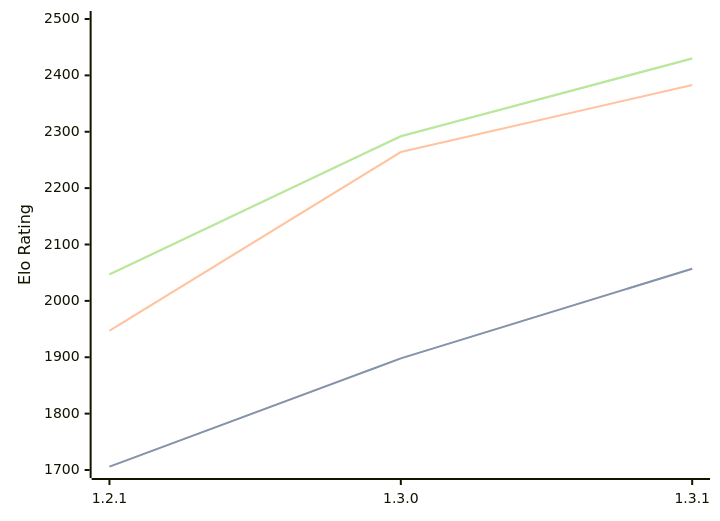
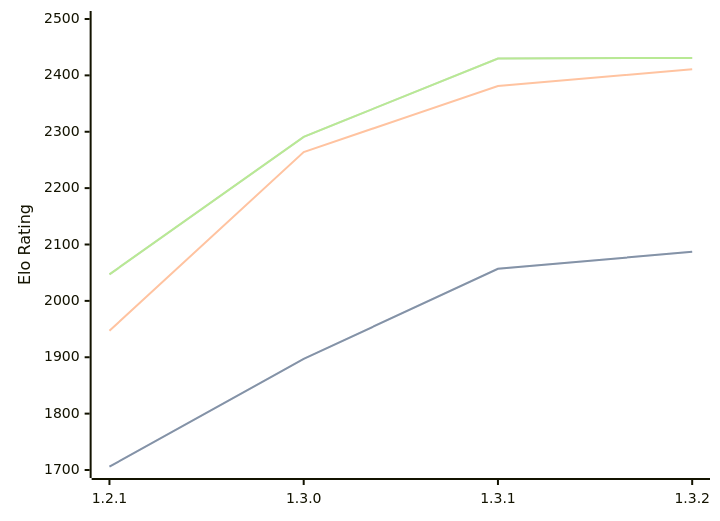
Before and after one commit to computer-chess-index/cci: the diagram in engines/Chal.md, drawn with Mermaid. The commit also changed other lines of this file, not shown here.

Commit message:
Update CCI Ratings (ELO VLTC) - 2026-03-16

````diff
--- a/engines/Chal.md
+++ b/engines/Chal.md
@@ -35,11 +35,11 @@
 ```mermaid
 %%{init: {"theme":"base","themeVariables":{"seriesColors:['#a3a3a3','#222221','#faa371']}}}%%
 xychart-beta
-  x-axis ["1.2.1", "1.3.0", "1.3.1"]
+  x-axis ["1.2.1", "1.3.0", "1.3.1", "1.3.2"]
   y-axis "Elo Rating" 1700 --> 2500
-  line "STC (8.0+0.08s)" [1706, 1898, 2057]
-  line "STC (8.0+0.08s)" [1706, 1898, 2057]
-  line "LTC (60.0+0.60s)" [1947, 2264, 2383]
-  line "VLTC (2m24s+1.12s)" [2047, 2292, 2430]
-  line "VLTC (2m24s+1.12s)" [2047, 2292, 2430]
+  line "STC (8.0+0.08s)" [1706, 1897, 2057, 2087]
+  line "STC (8.0+0.08s)" [1706, 1897, 2057, 2087]
+  line "LTC (60.0+0.60s)" [1947, 2264, 2381, 2411]
+  line "VLTC (2m24s+1.12s)" [2047, 2291, 2430, 2431]
+  line "VLTC (2m24s+1.12s)" [2047, 2291, 2430, 2431]
 ```
````
